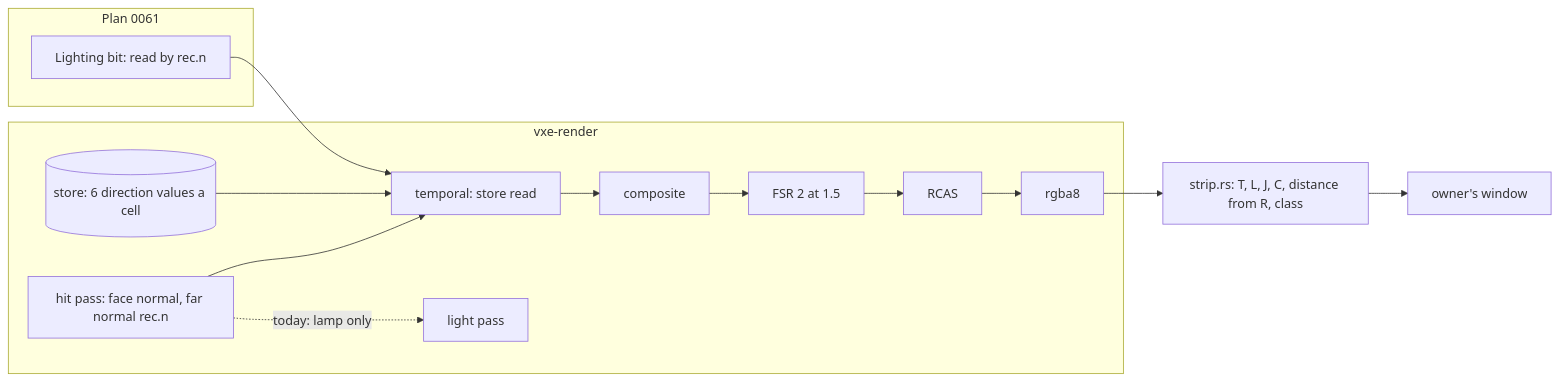
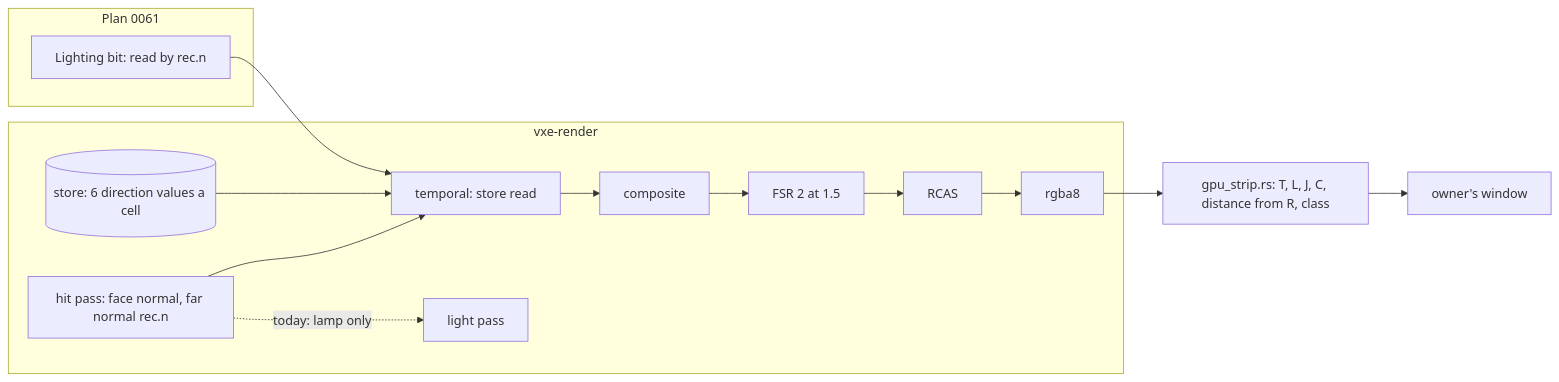
Before and after one commit to IgorKonovalov/voxel-engine: the diagram in docs/plans/0061-antialiasing-far-bands-under-the-baked-light-and-the-edges-left.md, drawn with Mermaid. The commit also changed other lines of this file and 11 other files, not shown here.

````diff
--- a/docs/plans/0061-antialiasing-far-bands-under-the-baked-light-and-the-edges-left.md
+++ b/docs/plans/0061-antialiasing-far-bands-under-the-baked-light-and-the-edges-left.md
@@ -121,14 +135,14 @@
 ```mermaid
 flowchart LR
     subgraph vxe-render
         H[hit pass: face normal, far normal rec.n] --> T[temporal: store read]
         St[(store: 6 direction values a cell)] --> T
         T --> C[composite] --> U[FSR 2 at 1.5] --> S[RCAS] --> O[rgba8]
         H -. today: lamp only .-> L[light pass]
     end
     subgraph Plan 0061
         K[Lighting bit: read by rec.n] --> T
     end
-    O --> M[strip.rs: T, L, J, C, distance from R, class]
+    O --> M[gpu_strip.rs: T, L, J, C, distance from R, class]
     M --> W[owner's window]
 ```
````
